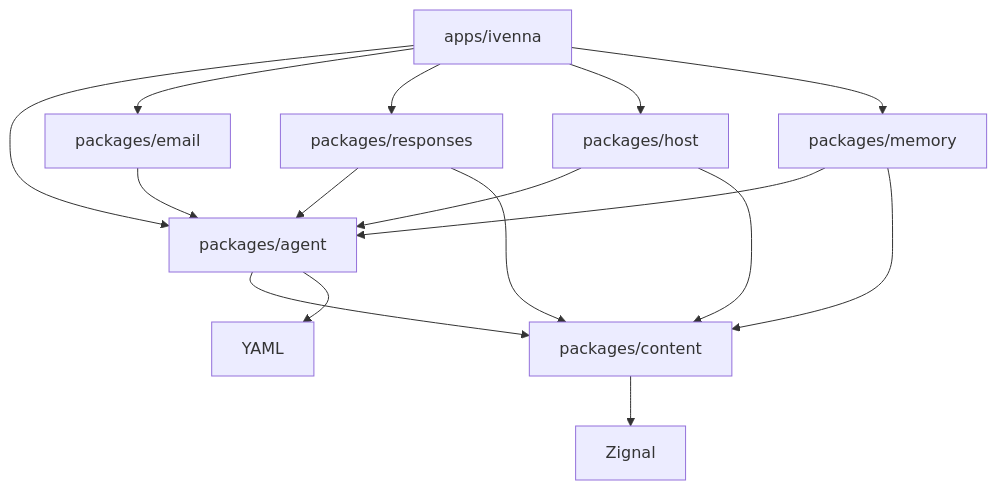
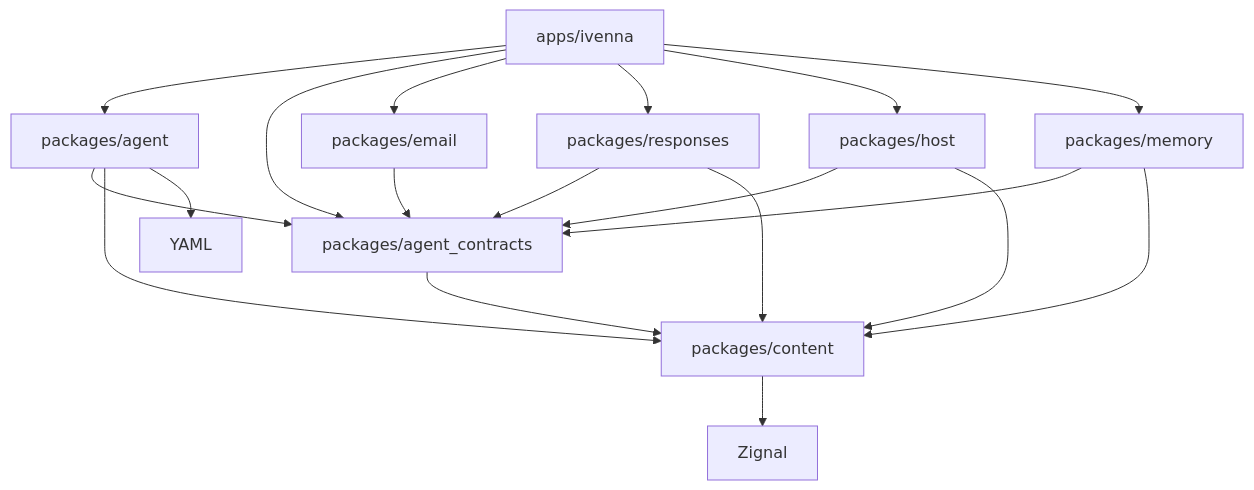
The diagram in docs/architecture.md (Ivenna/Ivenna), drawn with Mermaid before and after one commit. The commit also changed other lines of this file and 40 other files, not shown here.

First line of the commit message:
refactor!: extract shared agent capability contracts

````diff
--- a/docs/architecture.md
+++ b/docs/architecture.md
@@ -24,18 +25,21 @@
 ```mermaid
 flowchart TD
     App[apps/ivenna] --> Agent[packages/agent]
+    App --> Contracts[packages/agent_contracts]
     App --> Email[packages/email]
     App --> Responses[packages/responses]
     App --> Host[packages/host]
     App --> Memory[packages/memory]
-    Email --> Agent
-    Responses --> Agent
-    Host --> Agent
-    Memory --> Agent
+    Agent --> Contracts
+    Email --> Contracts
+    Responses --> Contracts
+    Host --> Contracts
+    Memory --> Contracts
     Host --> Content[packages/content]
     Memory --> Content
     Responses --> Content
     Agent --> Content
+    Contracts --> Content
     Content --> Zignal[Zignal]
     Agent --> YAML[YAML]
 ```
````
